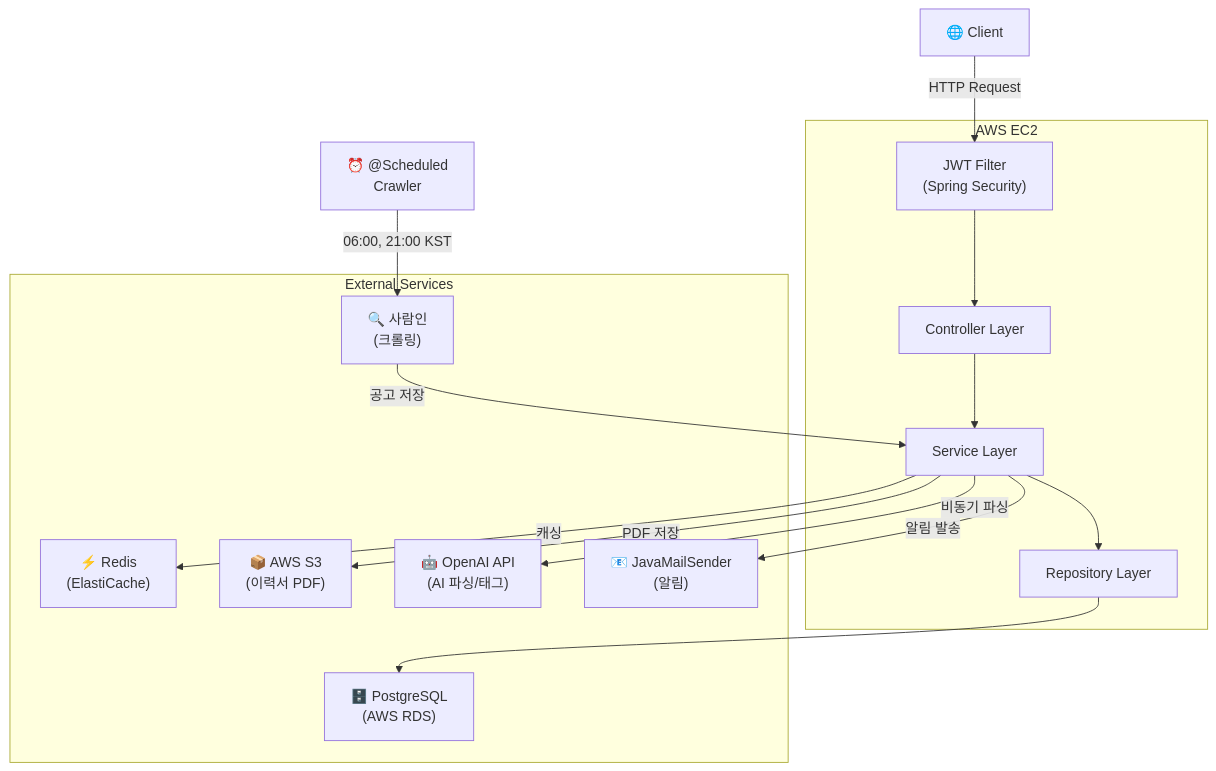
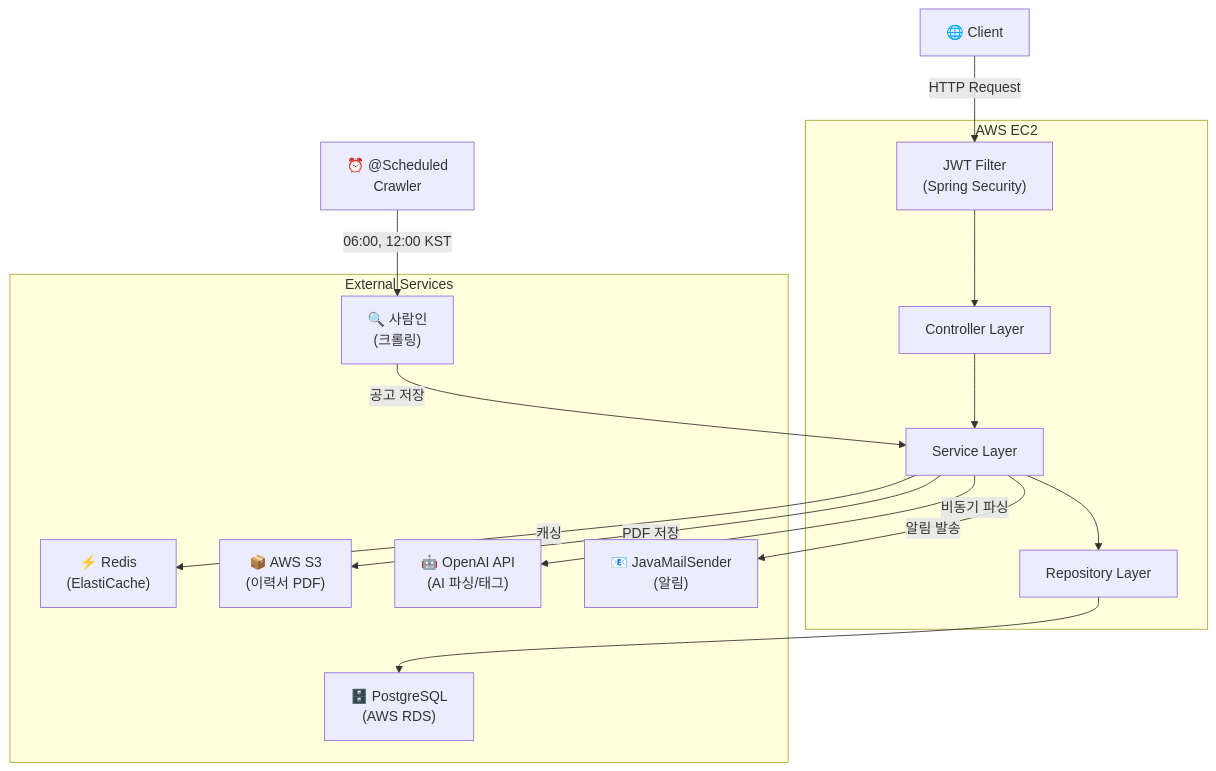
Before and after one commit to juheehee/hireflow: the first of 3 diagrams in README.md, drawn with Mermaid. The commit also changed other lines of this file, not shown here.

Commit message:
docs: update crawler schedule time and Redis description

````diff
--- a/README.md
+++ b/README.md
@@ -67,34 +67,34 @@
 ```mermaid
 flowchart TD
     Client["🌐 Client"]
     
     subgraph EC2["AWS EC2"]
         Filter["JWT Filter\n(Spring Security)"]
         Controller["Controller Layer"]
         Service["Service Layer"]
         Repository["Repository Layer"]
     end
     
     subgraph External["External Services"]
         RDS["🗄️ PostgreSQL\n(AWS RDS)"]
         Redis["⚡ Redis\n(ElastiCache)"]
         S3["📦 AWS S3\n(이력서 PDF)"]
         OpenAI["🤖 OpenAI API\n(AI 파싱/태그)"]
         Mail["📧 JavaMailSender\n(알림)"]
         Saramin["🔍 사람인\n(크롤링)"]
     end
 
     Scheduler["⏰ @Scheduled\nCrawler"]
 
     Client -->|"HTTP Request"| Filter
     Filter --> Controller
     Controller --> Service
     Service --> Repository
     Repository --> RDS
     Service -->|"캐싱"| Redis
     Service -->|"PDF 저장"| S3
     Service -->|"비동기 파싱"| OpenAI
     Service -->|"알림 발송"| Mail
-    Scheduler -->|"06:00, 21:00 KST"| Saramin
+    Scheduler -->|"06:00, 12:00 KST"| Saramin
     Saramin -->|"공고 저장"| Service
 ```
````
